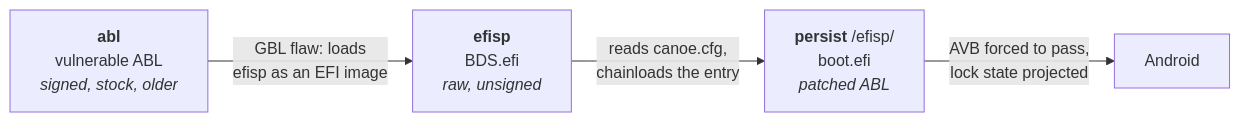
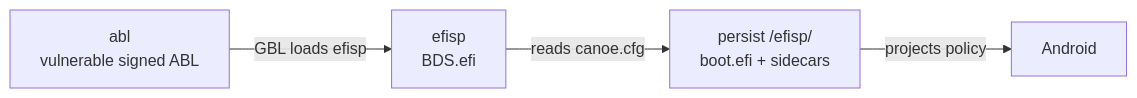
Before and after one commit to 1vivy/gbl_root_canoe: the diagram in README.md, drawn with Mermaid. The commit also changed other lines of this file and 29 other files, not shown here.

````diff
--- a/README.md
+++ b/README.md
@@ -15,10 +14,10 @@
 ```mermaid
 graph LR
-  A["<b>abl</b><br/>vulnerable ABL<br/><i>signed, stock, older</i>"]
-  B["<b>efisp</b><br/>BDS.efi<br/><i>raw, unsigned</i>"]
-  C["<b>persist</b> /efisp/<br/>boot.efi<br/><i>patched ABL</i>"]
+  A["abl<br/>vulnerable signed ABL"]
+  B["efisp<br/>BDS.efi"]
+  C["persist /efisp/<br/>boot.efi + sidecars"]
   D["Android"]
-  A -->|"GBL flaw: loads<br/>efisp as an EFI image"| B
-  B -->|"reads canoe.cfg,<br/>chainloads the entry"| C
-  C -->|"AVB forced to pass,<br/>lock state projected"| D
+  A -->|"GBL loads efisp"| B
+  B -->|"reads canoe.cfg"| C
+  C -->|"projects policy"| D
 ```
````
